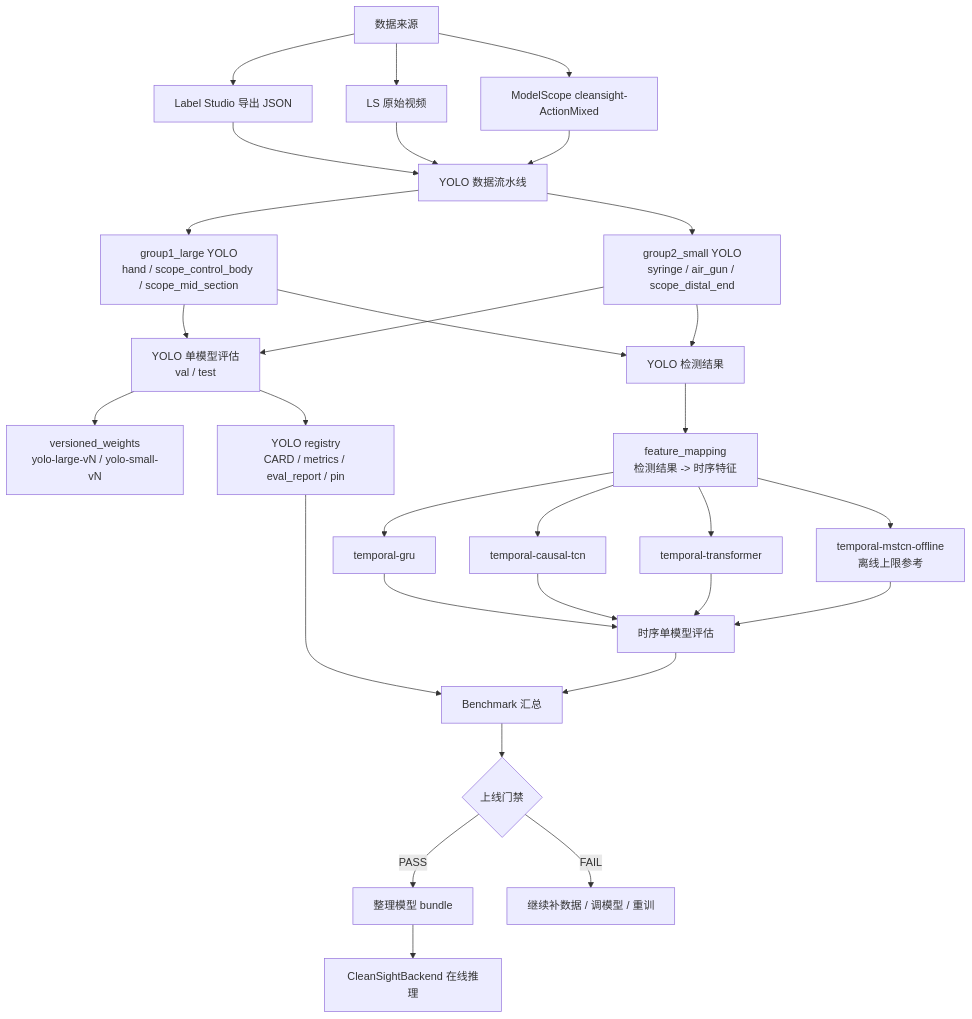
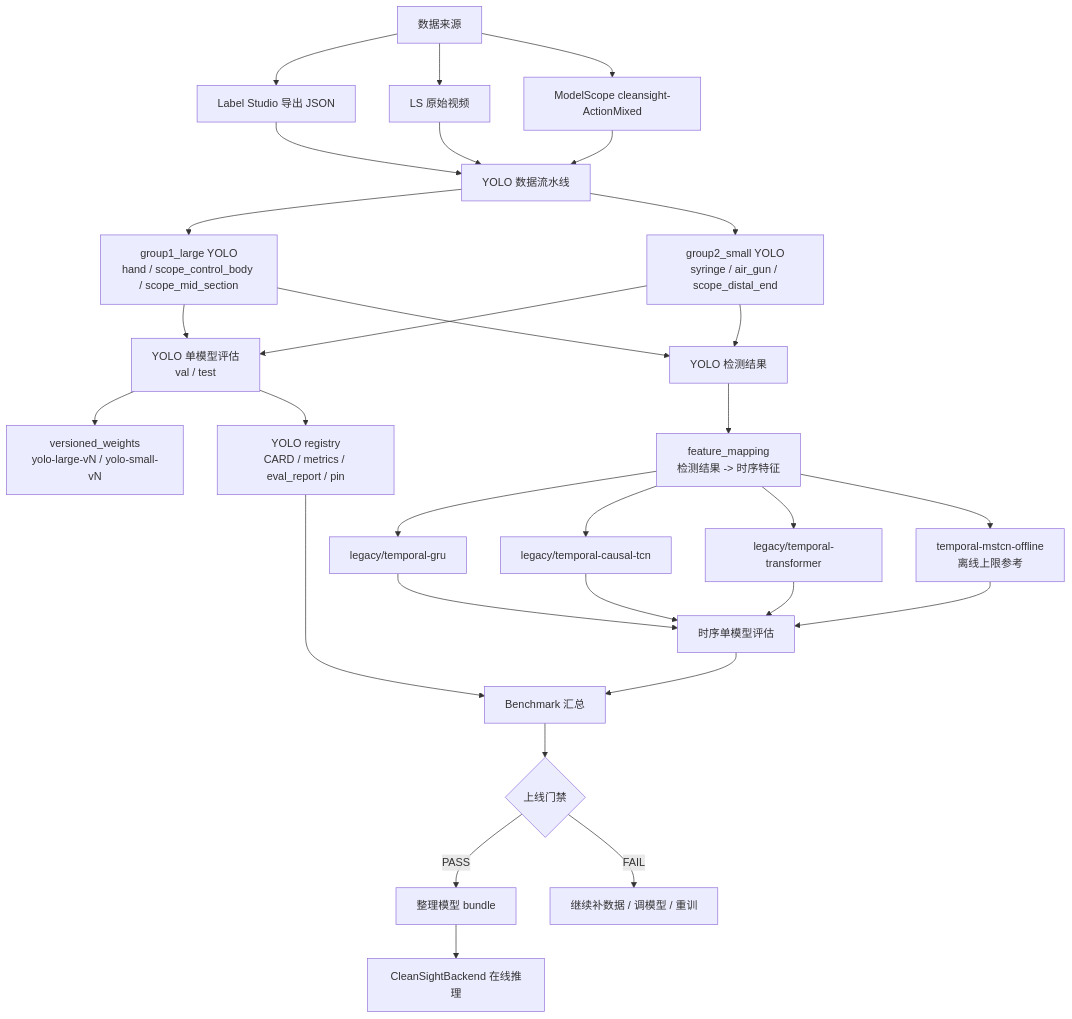
Before and after one commit to siu7u/Cleansight_models: the first of 6 diagrams in docs/PROJECT_FLOW.md, drawn with Mermaid. The commit also changed other lines of this file and 129 other files, not shown here.

````diff
--- a/docs/PROJECT_FLOW.md
+++ b/docs/PROJECT_FLOW.md
@@ -11,40 +12,40 @@
 ```mermaid
 flowchart TD
     A[数据来源] --> A1[Label Studio 导出 JSON]
     A --> A2[LS 原始视频]
     A --> A3[ModelScope cleansight-ActionMixed]
 
     A1 --> B[YOLO 数据流水线]
     A2 --> B
     A3 --> B
 
     B --> C1[group1_large YOLO<br/>hand / scope_control_body / scope_mid_section]
     B --> C2[group2_small YOLO<br/>syringe / air_gun / scope_distal_end]
 
     C1 --> D[YOLO 单模型评估<br/>val / test]
     C2 --> D
     D --> E[versioned_weights<br/>yolo-large-vN / yolo-small-vN]
     D --> F[YOLO registry<br/>CARD / metrics / eval_report / pin]
 
     C1 --> G[YOLO 检测结果]
     C2 --> G
     G --> H[feature_mapping<br/>检测结果 -> 时序特征]
 
-    H --> I1[temporal-gru]
-    H --> I2[temporal-causal-tcn]
-    H --> I3[temporal-transformer]
+    H --> I1[legacy/temporal-gru]
+    H --> I2[legacy/temporal-causal-tcn]
+    H --> I3[legacy/temporal-transformer]
     H --> I4[temporal-mstcn-offline<br/>离线上限参考]
 
     I1 --> J[时序单模型评估]
     I2 --> J
     I3 --> J
     I4 --> J
 
     J --> K[Benchmark 汇总]
     F --> K
     K --> L{上线门禁}
 
     L -->|PASS| M[整理模型 bundle]
     L -->|FAIL| N[继续补数据 / 调模型 / 重训]
     M --> O[CleanSightBackend 在线推理]
 ```
````
